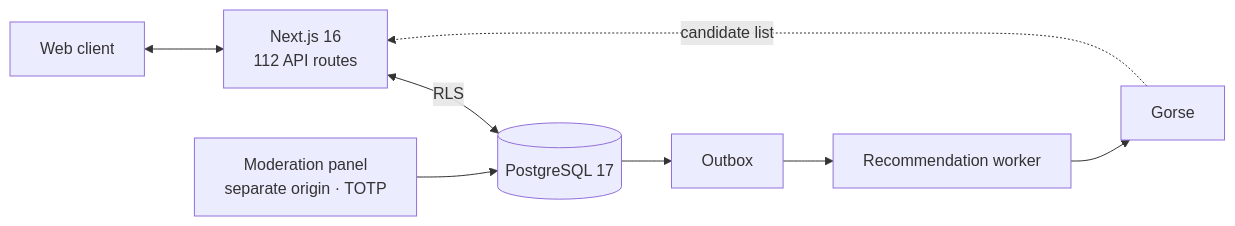
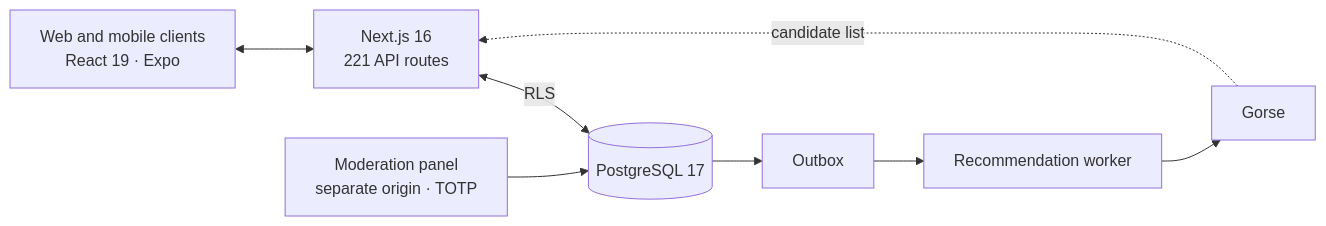
One commit to LightWonkas/avizi-showcase changed the diagram in README.en.md. Above: the diagram before and after it, drawn with Mermaid. The commit also changed other lines of this file and 5 other files, not shown here.

````diff
--- a/README.en.md
+++ b/README.en.md
@@ -31,10 +46,10 @@
 ```mermaid
 flowchart LR
-  C[Web client] <--> N[Next.js 16<br/>112 API routes]
+  C[Web and mobile clients<br/>React 19 · Expo] <--> N[Next.js 16<br/>221 API routes]
   N <-->|RLS| DB[(PostgreSQL 17)]
   DB --> O[Outbox]
   O --> W[Recommendation worker]
   W --> G[Gorse]
   G -.->|candidate list| N
   M[Moderation panel<br/>separate origin · TOTP] --> DB
 ```
````
